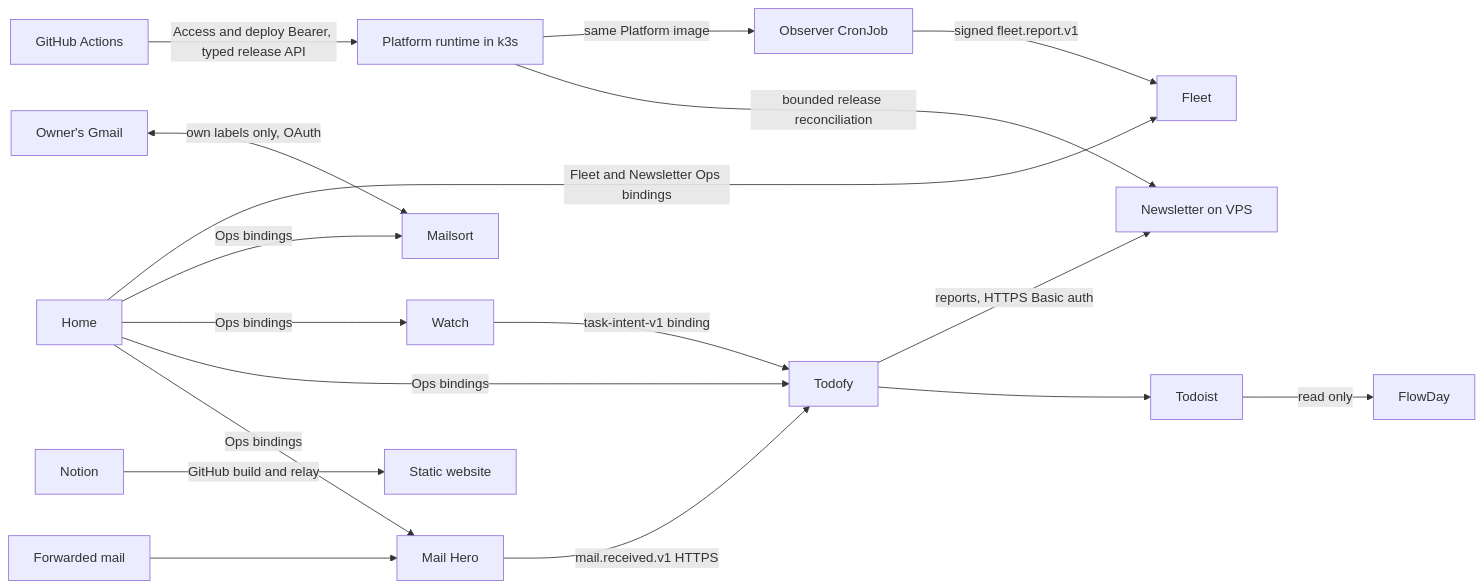
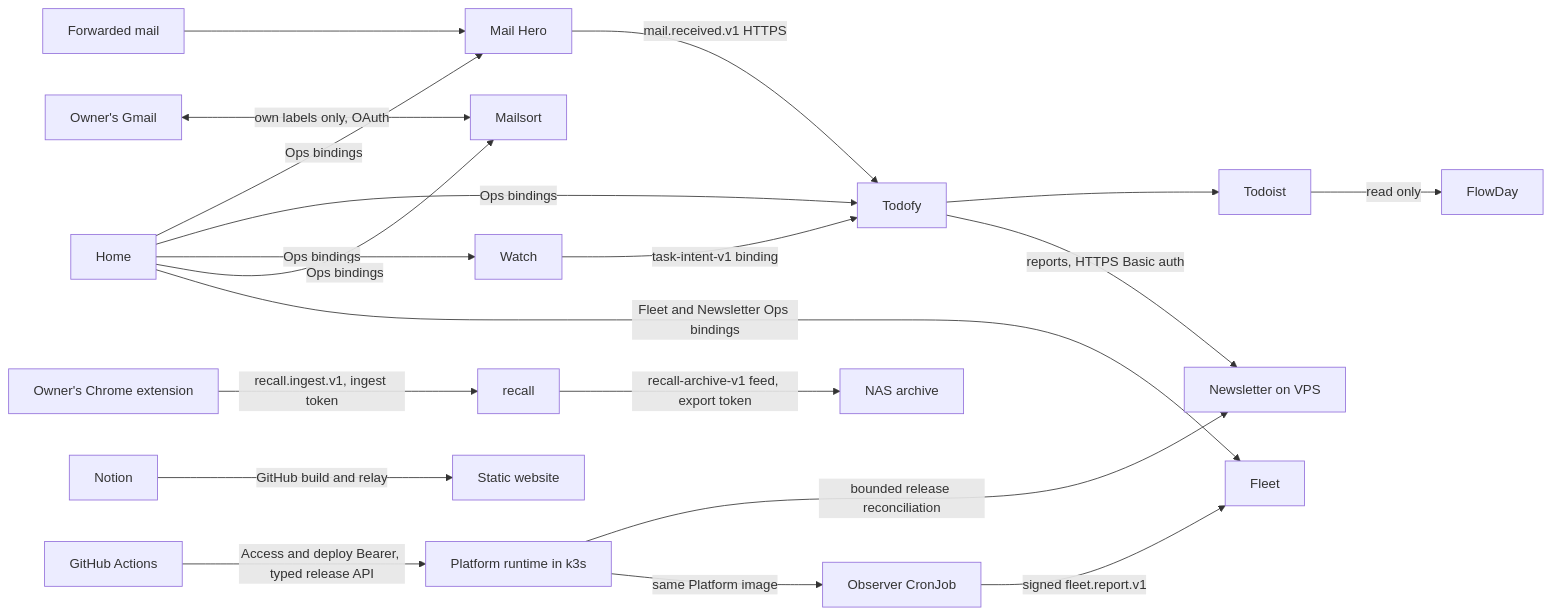
One commit to ziyixi/todofy changed the diagram in docs/architecture.md. Above: the diagram before and after it, drawn with Mermaid. The commit also changed other lines of this file and 246 other files, not shown here.

First line of the commit message:
recall: the browsing recorder, its archive protocol and the check-only landing

````diff
--- a/docs/architecture.md
+++ b/docs/architecture.md
@@ -11,20 +11,22 @@
 ```mermaid
 flowchart LR
   Mail[Forwarded mail] --> MH[Mail Hero]
   MH -->|mail.received.v1 HTTPS| Todo[Todofy]
   Watch[Watch] -->|task-intent-v1 binding| Todo
   Todo --> Todoist[Todoist]
   Todo -->|reports, HTTPS Basic auth| News[Newsletter on VPS]
   Todoist -->|read only| Flow[FlowDay]
   Home[Home] -->|Ops bindings| MH
   Home -->|Ops bindings| Todo
   Home -->|Ops bindings| Watch
   Gmail[Owner's Gmail] <-->|own labels only, OAuth| Sort[Mailsort]
   Home -->|Ops bindings| Sort
+  Chrome[Owner's Chrome extension] -->|recall.ingest.v1, ingest token| Recall[recall]
+  Recall -->|recall-archive-v1 feed, export token| NAS[NAS archive]
   Home -->|Fleet and Newsletter Ops bindings| Fleet[Fleet]
   Observer[Observer CronJob] -->|signed fleet.report.v1| Fleet
   Actions[GitHub Actions] -->|Access and deploy Bearer, typed release API| Runtime[Platform runtime in k3s]
   Runtime -->|bounded release reconciliation| News
   Runtime -->|same Platform image| Observer
   Notion[Notion] -->|GitHub build and relay| Site[Static website]
 ```
````
